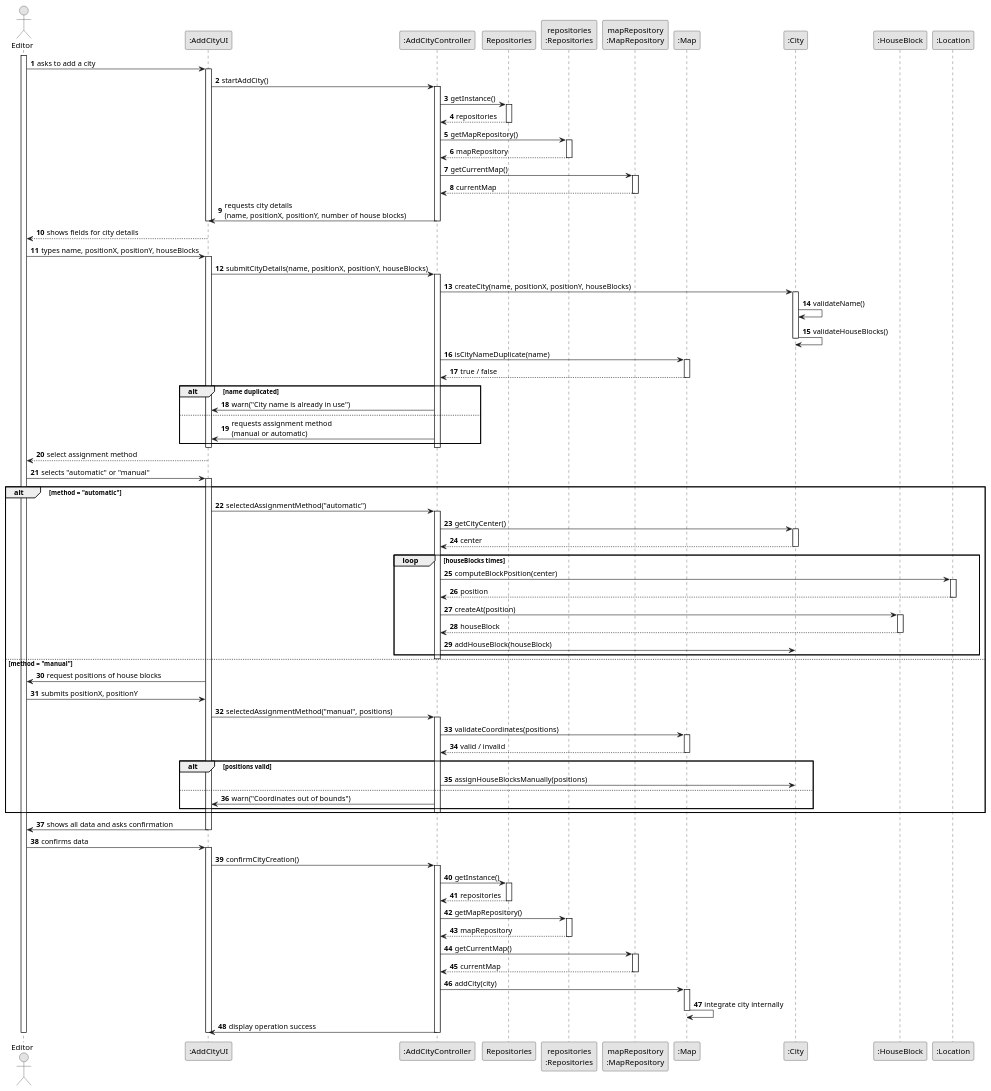
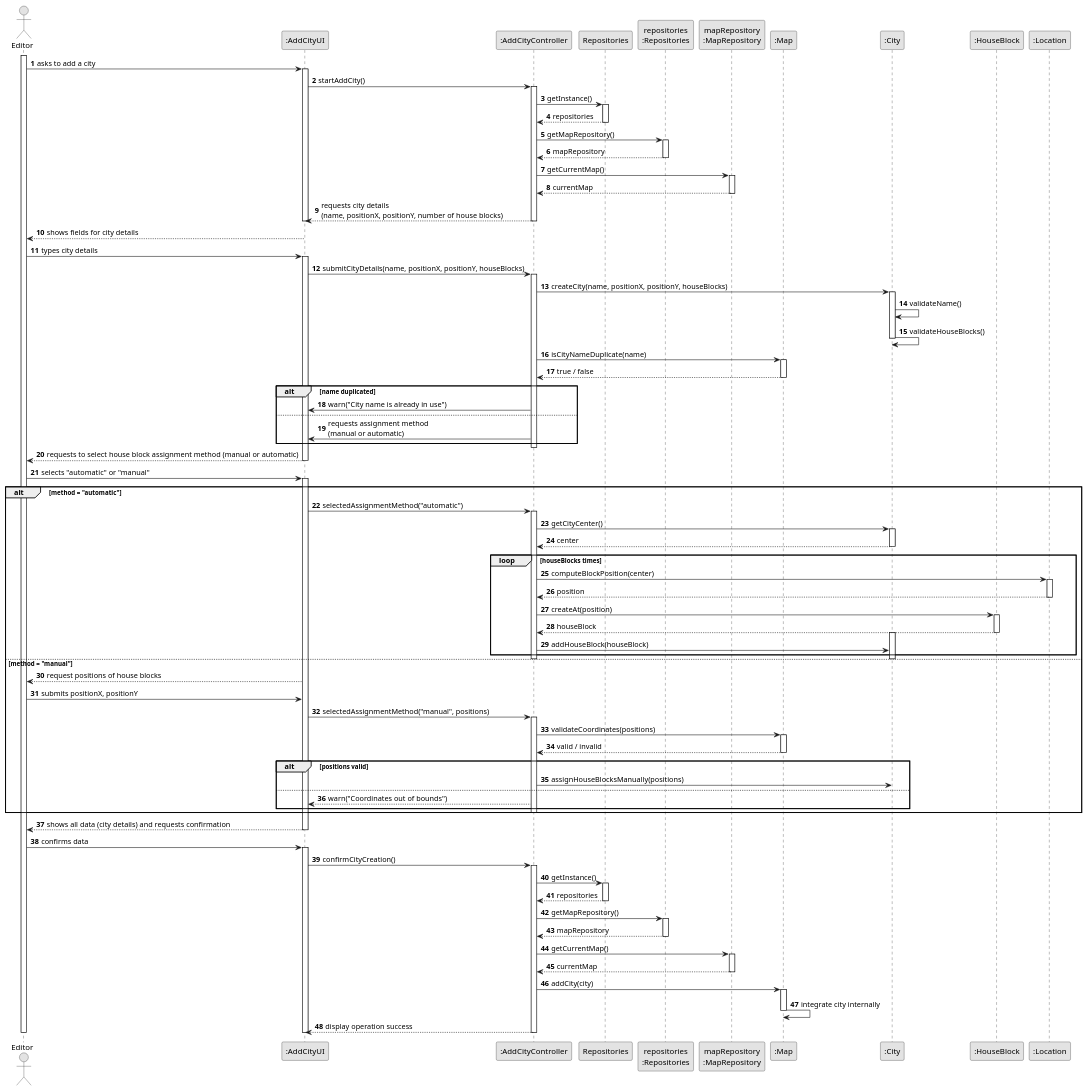
One commit to 1240826/empire-on-tracks changed the diagram in docs/system-documentation/US003/03.design/puml/US003-SD-full.puml. Above: the diagram before and after it, drawn with PlantUML. The commit also changed 6 other files, not shown here.

```diff
--- a/docs/system-documentation/US003/03.design/puml/US003-SD-full.puml
+++ b/docs/system-documentation/US003/03.design/puml/US003-SD-full.puml
@@ -1,153 +1,156 @@
 @startuml
 skinparam monochrome true
 skinparam packageStyle rectangle
 skinparam shadowing false
 
 autonumber
 
 actor "Editor" as Editor
 participant ":AddCityUI"            as UI
 participant ":AddCityController"    as Controller
 participant "Repositories"          as REPOS
 participant "repositories\n:Repositories" as REPOS_SINGLETON
 participant "mapRepository\n:MapRepository" as MAP_REPO
 participant ":Map"                  as Map
 participant ":City"                 as City
 participant ":HouseBlock"           as HouseBlock
 participant ":Location"             as Location
 
 activate Editor
 
 Editor -> UI : asks to add a city
 activate UI
 
     UI -> Controller : startAddCity()
     activate Controller
 
         Controller -> REPOS : getInstance()
         activate REPOS
             REPOS --> Controller : repositories
         deactivate REPOS
 
         Controller -> REPOS_SINGLETON : getMapRepository()
         activate REPOS_SINGLETON
             REPOS_SINGLETON --> Controller : mapRepository
         deactivate REPOS_SINGLETON
 
         Controller -> MAP_REPO : getCurrentMap()
         activate MAP_REPO
             MAP_REPO --> Controller : currentMap
         deactivate MAP_REPO
 
-        Controller -> UI : requests city details\n(name, positionX, positionY, number of house blocks)
+        Controller --> UI : requests city details\n(name, positionX, positionY, number of house blocks)
     deactivate Controller
 deactivate UI
 
 UI --> Editor : shows fields for city details
-Editor -> UI : types name, positionX, positionY, houseBlocks
+Editor -> UI : types city details
 activate UI
 
     UI -> Controller : submitCityDetails(name, positionX, positionY, houseBlocks)
     activate Controller
 
         Controller -> City : createCity(name, positionX, positionY, houseBlocks)
         activate City
             City -> City : validateName()
             City -> City : validateHouseBlocks()
         deactivate City
 
         Controller -> Map : isCityNameDuplicate(name)
         activate Map
             Map --> Controller : true / false
         deactivate Map
 
         alt name duplicated
             Controller -> UI : warn("City name is already in use")
         else
             Controller -> UI : requests assignment method\n(manual or automatic)
         end
     deactivate Controller
+
+
+UI --> Editor : requests to select house block assignment method (manual or automatic)
 deactivate UI
-
-UI --> Editor : select assignment method
 Editor -> UI : selects "automatic" or "manual"
 activate UI
 
     alt method = "automatic"
         UI -> Controller : selectedAssignmentMethod("automatic")
         activate Controller
 
             Controller -> City : getCityCenter()
             activate City
                 City --> Controller : center
             deactivate City
 
             loop houseBlocks times
                 Controller -> Location : computeBlockPosition(center)
                 activate Location
                     Location --> Controller : position
                 deactivate Location
 
                 Controller -> HouseBlock : createAt(position)
                 activate HouseBlock
                     HouseBlock --> Controller : houseBlock
                 deactivate HouseBlock
 
+                activate City
                 Controller -> City : addHouseBlock(houseBlock)
             end
+            deactivate City
         deactivate Controller
 
     else method = "manual"
-        UI -> Editor : request positions of house blocks
+        UI --> Editor : request positions of house blocks
         Editor -> UI : submits positionX, positionY
         UI -> Controller : selectedAssignmentMethod("manual", positions)
         activate Controller
 
             Controller -> Map : validateCoordinates(positions)
             activate Map
                 Map --> Controller : valid / invalid
             deactivate Map
 
             alt positions valid
                 Controller -> City : assignHouseBlocksManually(positions)
             else
-                Controller -> UI : warn("Coordinates out of bounds")
+                Controller --> UI : warn("Coordinates out of bounds")
             end
         deactivate Controller
     end
 
-    UI -> Editor : shows all data and asks confirmation
+    UI --> Editor : shows all data (city details) and requests confirmation
 deactivate UI
 
 Editor -> UI : confirms data
 activate UI
 
     UI -> Controller : confirmCityCreation()
     activate Controller
 
         Controller -> REPOS : getInstance()
         activate REPOS
             REPOS --> Controller : repositories
         deactivate REPOS
 
         Controller -> REPOS_SINGLETON : getMapRepository()
         activate REPOS_SINGLETON
             REPOS_SINGLETON --> Controller : mapRepository
         deactivate REPOS_SINGLETON
 
         Controller -> MAP_REPO : getCurrentMap()
         activate MAP_REPO
             MAP_REPO --> Controller : currentMap
         deactivate MAP_REPO
 
         Controller -> Map : addCity(city)
         activate Map
             Map -> Map : integrate city internally
         deactivate Map
 
-        Controller -> UI : display operation success
+        Controller --> UI : display operation success
     deactivate Controller
 deactivate UI
 
 deactivate Editor
 @enduml
```
